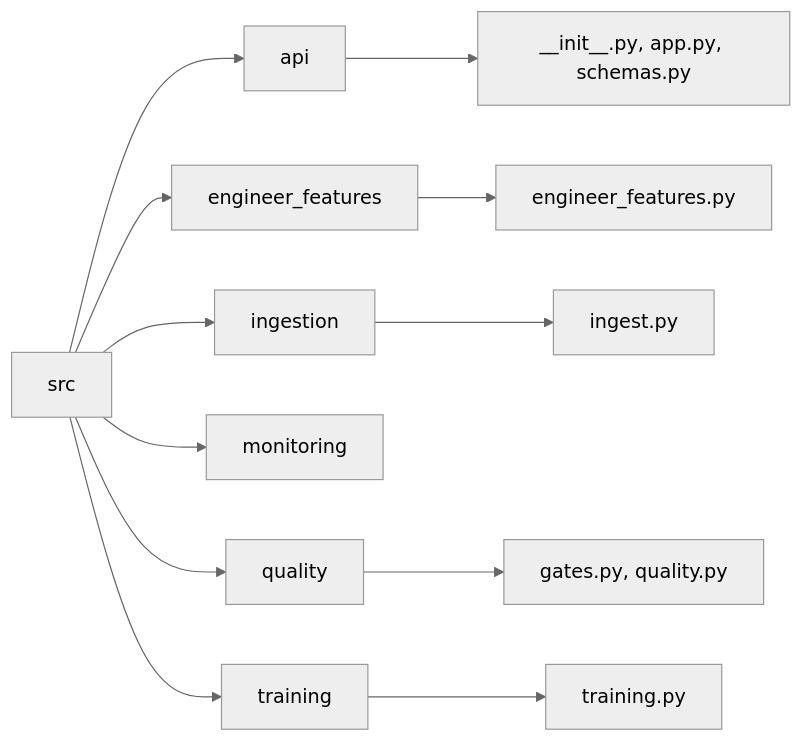
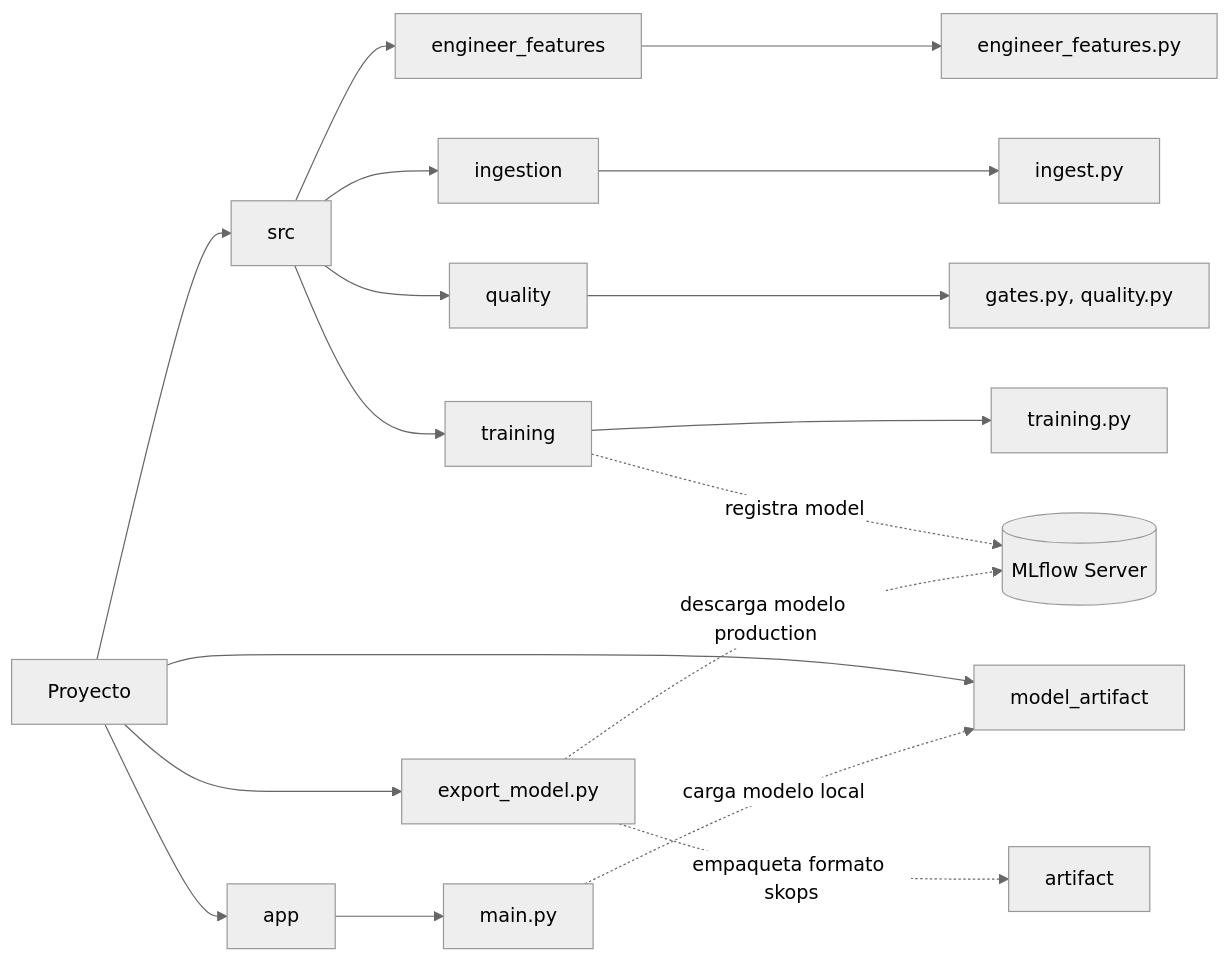
The diagram in README.md (angelicamatazamora-debug/Trabajo-Final---M-dulo-06---Retail-Dataset), drawn with Mermaid (neutral theme) before and after one commit. The commit also changed other lines of this file, not shown here.

Commit message:
docs: Se realizaron actualizaciones del README de cara a ajustes realizados en la arquitecuta del proyecto

````diff
--- a/README.md
+++ b/README.md
@@ -34,19 +34,24 @@
 ```mermaid
-graph LR
-    src[src] --> api[api]
-    src --> engineer_features[engineer_features]
-    src --> ingestion[ingestion]
-    src --> monitoring[monitoring]
-    src --> quality[quality]
-    src --> training[training]
+    graph LR
+        root[Proyecto] --> src[src]
+        root --> app[app]
+        root --> export[export_model.py]
+        root --> model_artifact[model_artifact]
 
-        api --> api_files[__init__.py, app.py, schemas.py]
+        src --> engineer_features[engineer_features]
+        src --> ingestion[ingestion]
+        src --> quality[quality]
+        src --> training[training]
 
         engineer_features --> engineer_file["engineer_features.py"]
+        ingestion --> ingest["ingest.py"]
+        quality --> quality_files["gates.py, quality.py"]
+        training --> training_file["training.py"]
 
-        ingestion --> ingest["ingest.py"]
+        app --> main_file["main.py"]
 
-        quality --> quality_files[gates.py, quality.py]
-
-        training --> training_file["training.py"]
+        training -.registra modelo.-> mlflow[("MLflow Server")]
+        export -.descarga modelo production.-> mlflow
+        export -. empaqueta formato skops .-> artifact
+        main_file -.carga modelo local.-> model_artifact
 ```
````
